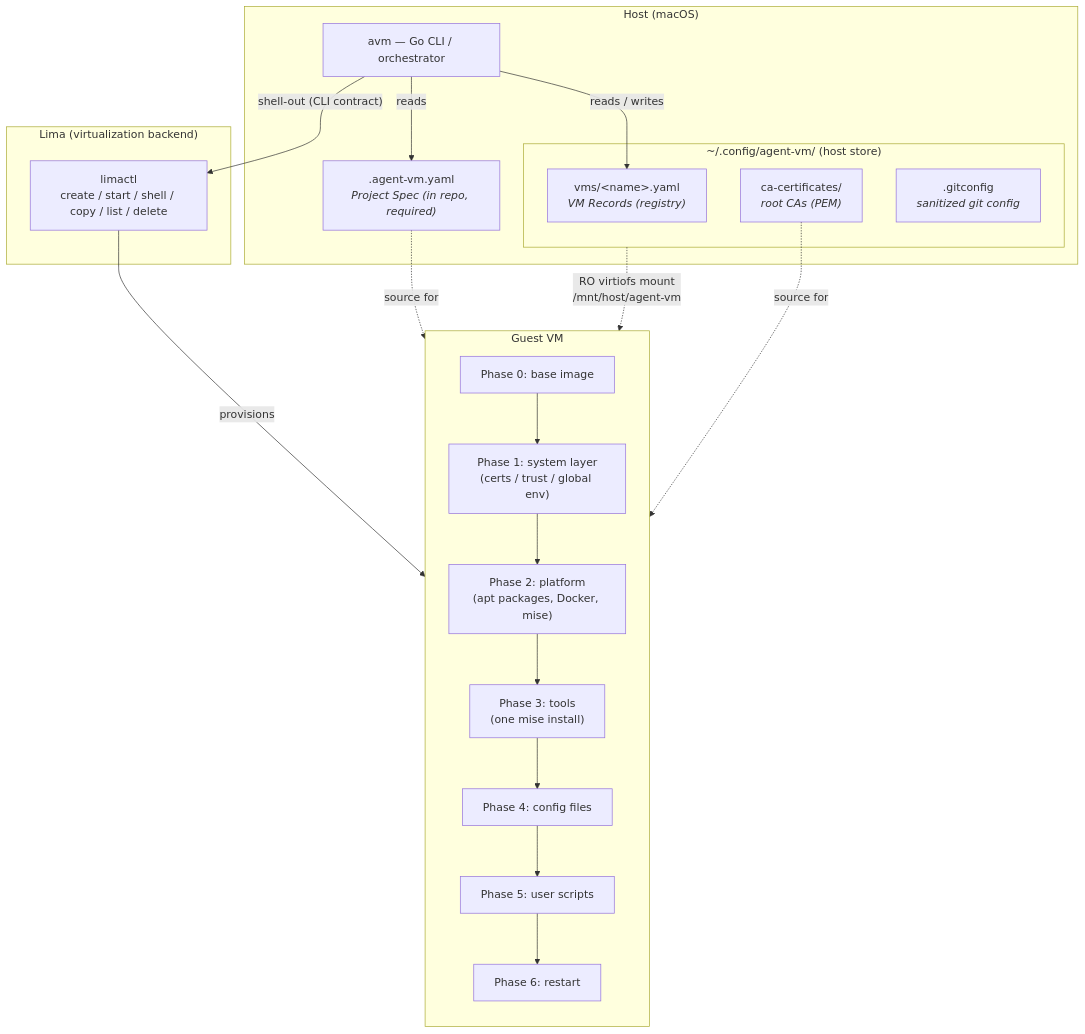
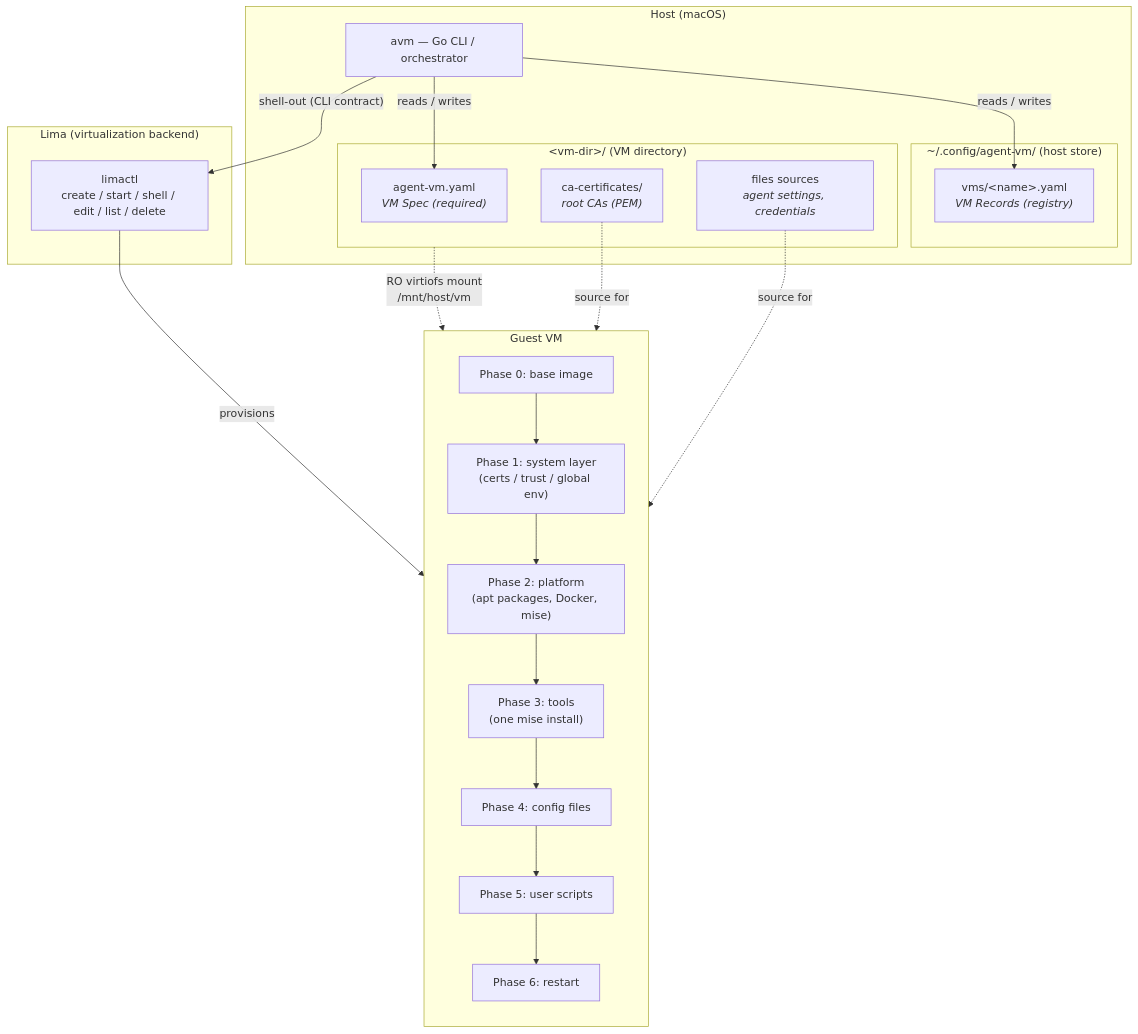
One commit to MikD1/agent-vm changed the first of 5 diagrams in docs/architecture.md. Above: the diagram before and after it, drawn with Mermaid. The commit also changed other lines of this file and 43 other files, not shown here.

First line of the commit message:
feat(cli,config,registry,provision)!: one VM per domain of work

````diff
--- a/docs/architecture.md
+++ b/docs/architecture.md
@@ -17,36 +17,38 @@
 ```mermaid
 graph TB
     subgraph Host["Host (macOS)"]
         cli["avm — Go CLI / orchestrator"]
         subgraph Store["~/.config/agent-vm/ (host store)"]
             registry["vms/&lt;name&gt;.yaml<br/><i>VM Records (registry)</i>"]
+        end
+        subgraph VMDir["&lt;vm-dir&gt;/ (VM directory)"]
+            spec["agent-vm.yaml<br/><i>VM Spec (required)</i>"]
             ca["ca-certificates/<br/><i>root CAs (PEM)</i>"]
-            gitcfg[".gitconfig<br/><i>sanitized git config</i>"]
+            cfgfiles["files sources<br/><i>agent settings, credentials</i>"]
         end
-        spec[".agent-vm.yaml<br/><i>Project Spec (in repo, required)</i>"]
     end
 
     subgraph Lima["Lima (virtualization backend)"]
-        limactl["limactl<br/>create / start / shell / copy / list / delete"]
+        limactl["limactl<br/>create / start / shell / edit / list / delete"]
     end
 
     subgraph Guest["Guest VM"]
         direction TB
         p0["Phase 0: base image"]
         p1["Phase 1: system layer<br/>(certs / trust / global env)"]
         p2["Phase 2: platform<br/>(apt packages, Docker, mise)"]
         p3["Phase 3: tools<br/>(one mise install)"]
         p4["Phase 4: config files"]
         p5["Phase 5: user scripts"]
         p6["Phase 6: restart"]
         p0 --> p1 --> p2 --> p3 --> p4 --> p5 --> p6
     end
 
     cli -- "reads / writes" --> registry
-    cli -- "reads" --> spec
+    cli -- "reads / writes" --> spec
     cli -- "shell-out (CLI contract)" --> limactl
     limactl -- "provisions" --> Guest
-    Store -. "RO virtiofs mount<br/>/mnt/host/agent-vm" .-> Guest
+    VMDir -. "RO virtiofs mount<br/>/mnt/host/vm" .-> Guest
     ca -. "source for" .-> p1
-    spec -. "source for" .-> p4
+    cfgfiles -. "source for" .-> p4
 ```
````
